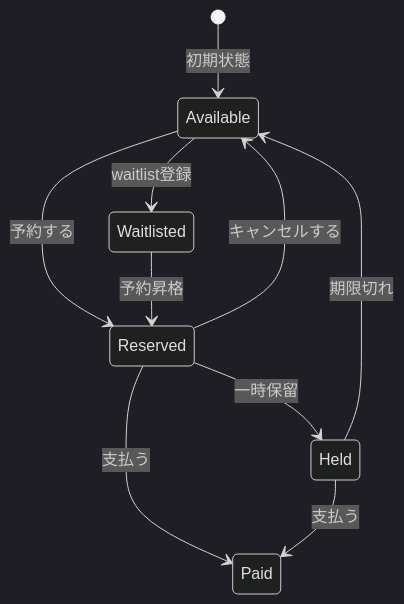
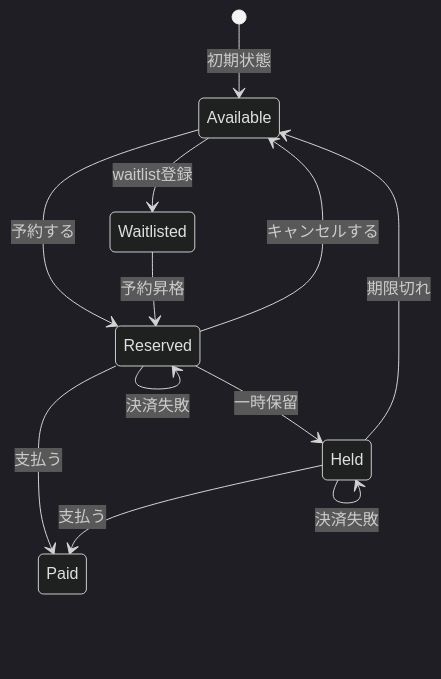
One commit to kumachan1101-pixel/DesignPattern changed the sixth of 12 diagrams in kindle/design-patterns/output/chapter03.md. Above: the diagram before and after it, drawn with Mermaid (dark theme). The commit also changed other lines of this file and 1 other file, not shown here.

````diff
--- a/kindle/design-patterns/output/chapter03.md
+++ b/kindle/design-patterns/output/chapter03.md
@@ -473,12 +485,14 @@
 ```mermaid
 stateDiagram-v2
     [*] --> Available : 初期状態
     Available --> Reserved : 予約する
     Reserved --> Paid : 支払う
     Reserved --> Available : キャンセルする
     Available --> Waitlisted : waitlist登録
     Waitlisted --> Reserved : 予約昇格
     Reserved --> Held : 一時保留
     Held --> Paid : 支払う
     Held --> Available : 期限切れ
+    Reserved --> Reserved : 決済失敗
+    Held --> Held : 決済失敗
 ```
````
